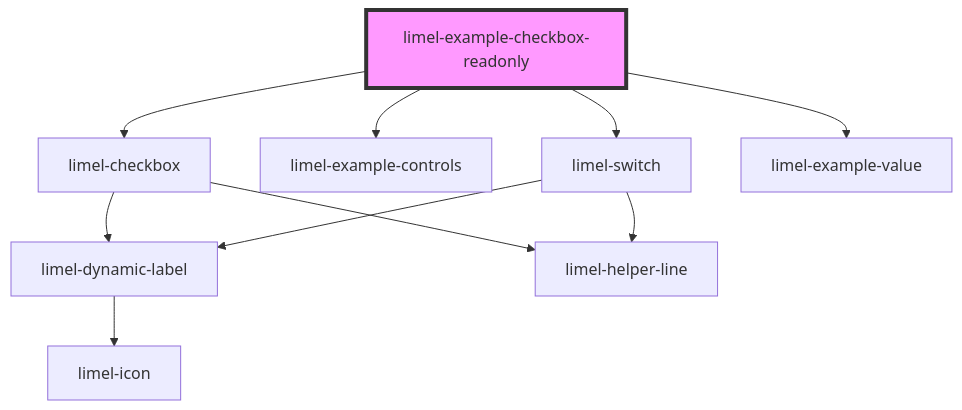
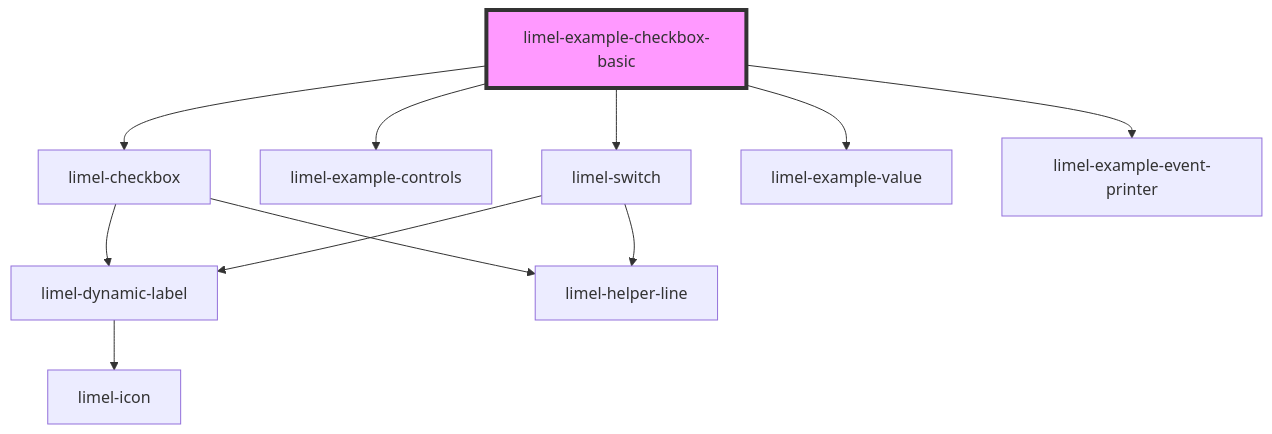
One commit to Lundalogik/lime-elements changed the diagram in versions/PR-4084/markdown-docs/components/checkbox/examples/readme.md. Above: the diagram before and after it, drawn with Mermaid. The commit also changed other lines of this file and 961 other files, not shown here.

````diff
--- a/versions/PR-4084/markdown-docs/components/checkbox/examples/readme.md
+++ b/versions/PR-4084/markdown-docs/components/checkbox/examples/readme.md
@@ -36,13 +16,14 @@
 ```mermaid
 graph TD;
-  limel-example-checkbox-readonly --> limel-checkbox
-  limel-example-checkbox-readonly --> limel-example-controls
-  limel-example-checkbox-readonly --> limel-switch
-  limel-example-checkbox-readonly --> limel-example-value
+  limel-example-checkbox-basic --> limel-checkbox
+  limel-example-checkbox-basic --> limel-example-controls
+  limel-example-checkbox-basic --> limel-switch
+  limel-example-checkbox-basic --> limel-example-value
+  limel-example-checkbox-basic --> limel-example-event-printer
   limel-checkbox --> limel-dynamic-label
   limel-checkbox --> limel-helper-line
   limel-dynamic-label --> limel-icon
   limel-switch --> limel-dynamic-label
   limel-switch --> limel-helper-line
-  style limel-example-checkbox-readonly fill:#f9f,stroke:#333,stroke-width:4px
+  style limel-example-checkbox-basic fill:#f9f,stroke:#333,stroke-width:4px
 ```
````
